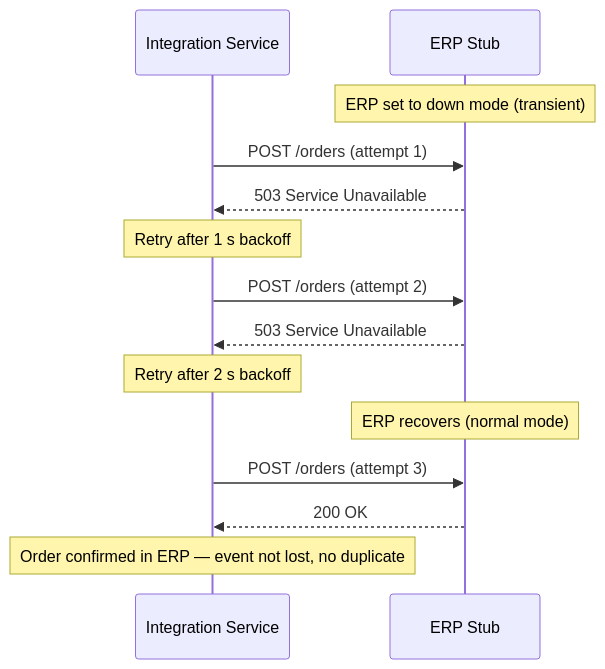
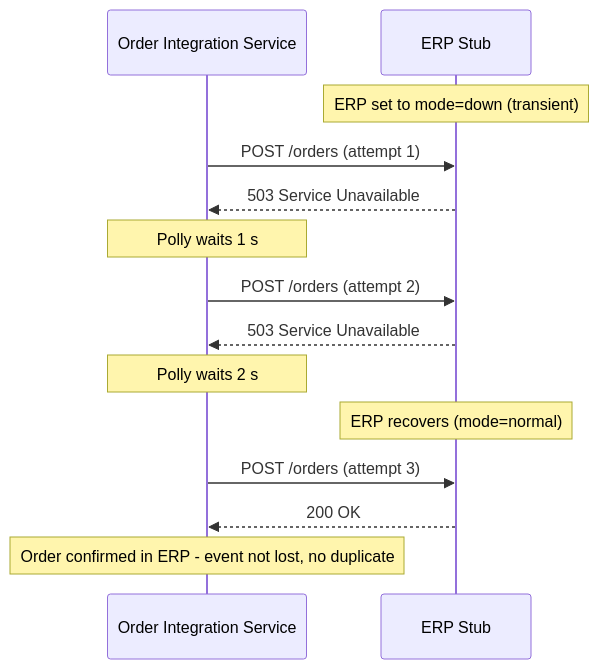
One commit to AS-Assignment2/AS-2-NopCommerce changed the tenth of 11 diagrams in docs/architecture-report.md. Above: the diagram before and after it, drawn with Mermaid. The commit also changed other lines of this file and 24 other files, not shown here.

````diff
--- a/docs/architecture-report.md
+++ b/docs/architecture-report.md
@@ -526,21 +554,21 @@
 ```mermaid
 sequenceDiagram
-    participant IntSvc as Integration Service
+    participant IntSvc as Order Integration Service
     participant ERP as ERP Stub
 
-    Note over ERP: ERP set to down mode (transient)
+    Note over ERP: ERP set to mode=down (transient)
 
     IntSvc->>ERP: POST /orders (attempt 1)
     ERP-->>IntSvc: 503 Service Unavailable
-    Note over IntSvc: Retry after 1 s backoff
+    Note over IntSvc: Polly waits 1 s
 
     IntSvc->>ERP: POST /orders (attempt 2)
     ERP-->>IntSvc: 503 Service Unavailable
-    Note over IntSvc: Retry after 2 s backoff
+    Note over IntSvc: Polly waits 2 s
 
-    Note over ERP: ERP recovers (normal mode)
+    Note over ERP: ERP recovers (mode=normal)
 
     IntSvc->>ERP: POST /orders (attempt 3)
     ERP-->>IntSvc: 200 OK
-    Note over IntSvc: Order confirmed in ERP — event not lost, no duplicate
+    Note over IntSvc: Order confirmed in ERP - event not lost, no duplicate
 ```
````
